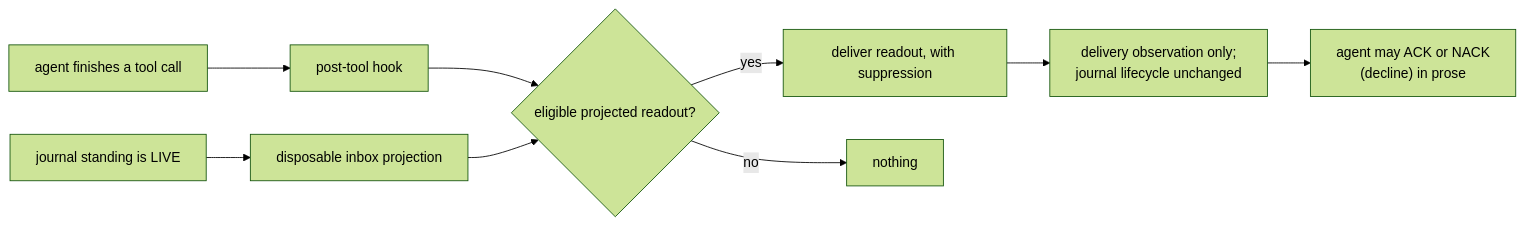
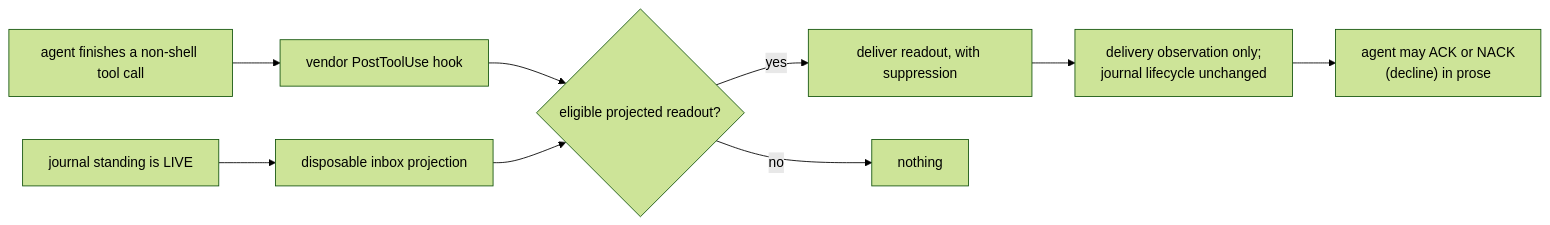
One commit to infimalabs/spice-rust changed the sixth of 10 diagrams in docs/product/planes/hooks.md. Above: the diagram before and after it, drawn with Mermaid (forest theme). The commit also changed other lines of this file and 120 other files, not shown here.

````diff
--- a/docs/product/planes/hooks.md
+++ b/docs/product/planes/hooks.md
@@ -99,11 +119,11 @@
 ```mermaid
 flowchart LR
-  T["agent finishes a tool call"] --> H["post-tool hook"]
+  T["agent finishes a non-shell tool call"] --> H["vendor PostToolUse hook"]
   J["journal standing is LIVE"] --> Q["disposable inbox projection"]
   H --> P{"eligible projected readout?"}
   Q --> P
   P -- yes --> R["deliver readout, with suppression"]
   P -- no --> N["nothing"]
   R --> O["delivery observation only;<br/>journal lifecycle unchanged"]
   O --> A["agent may ACK or NACK<br/>(decline) in prose"]
 ```
````
